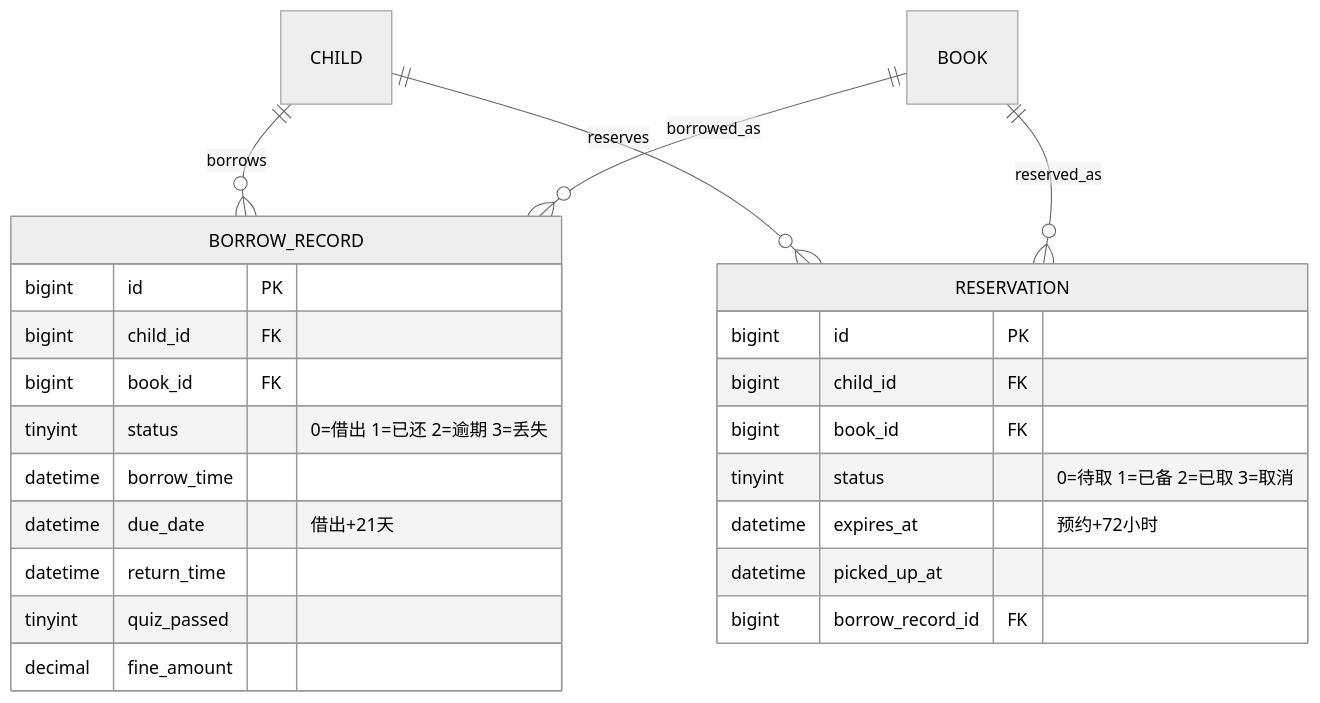
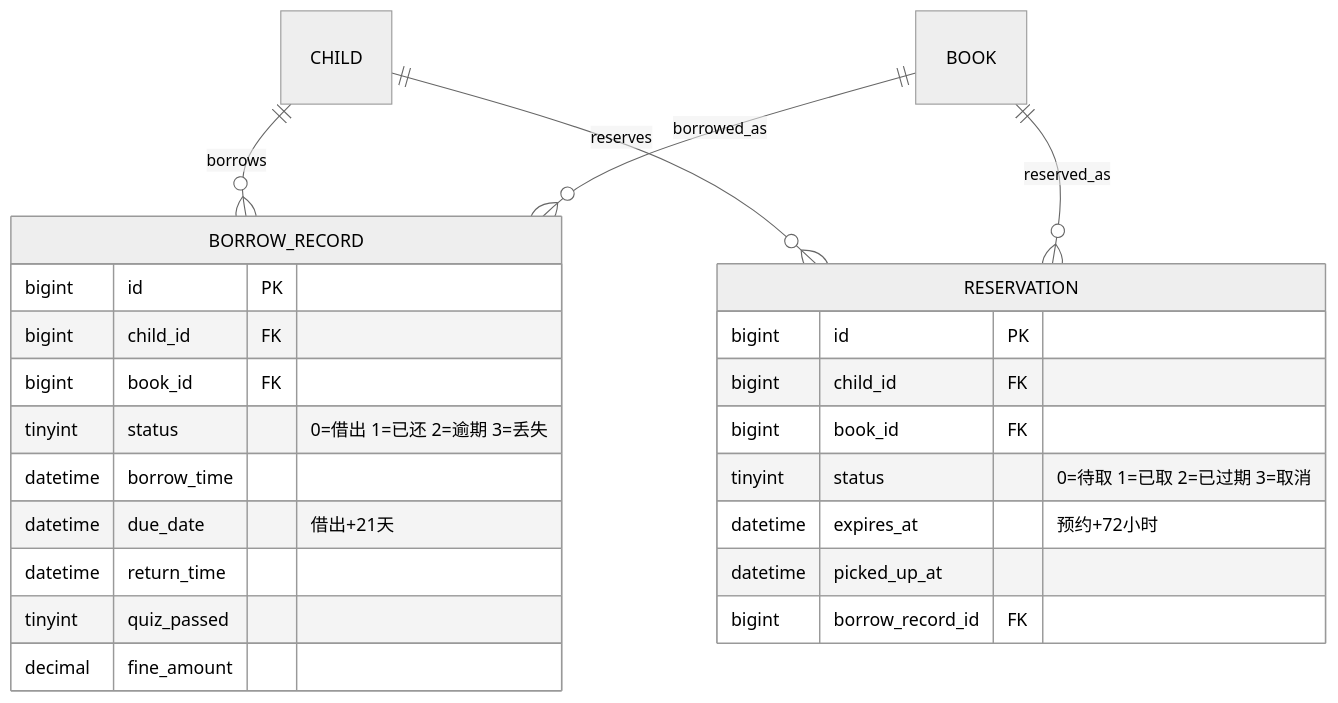
Diagram 14 of 28 in PRD/UML-ER.md (leechunwoo0815/librio), drawn with Mermaid (neutral theme) before and after one commit. The commit also changed other lines of this file and 48 other files, not shown here.

````diff
--- a/PRD/UML-ER.md
+++ b/PRD/UML-ER.md
@@ -329,29 +329,29 @@
 ```mermaid
 erDiagram
     BORROW_RECORD {
         bigint id PK
         bigint child_id FK
         bigint book_id FK
         tinyint status "0=借出 1=已还 2=逾期 3=丢失"
         datetime borrow_time
         datetime due_date "借出+21天"
         datetime return_time
         tinyint quiz_passed
         decimal fine_amount
     }
 
     RESERVATION {
         bigint id PK
         bigint child_id FK
         bigint book_id FK
-        tinyint status "0=待取 1=已备 2=已取 3=取消"
+        tinyint status "0=待取 1=已取 2=已过期 3=取消"
         datetime expires_at "预约+72小时"
         datetime picked_up_at
         bigint borrow_record_id FK
     }
 
     CHILD ||--o{ BORROW_RECORD : "borrows"
     CHILD ||--o{ RESERVATION : "reserves"
     BOOK ||--o{ BORROW_RECORD : "borrowed_as"
     BOOK ||--o{ RESERVATION : "reserved_as"
 ```
````
